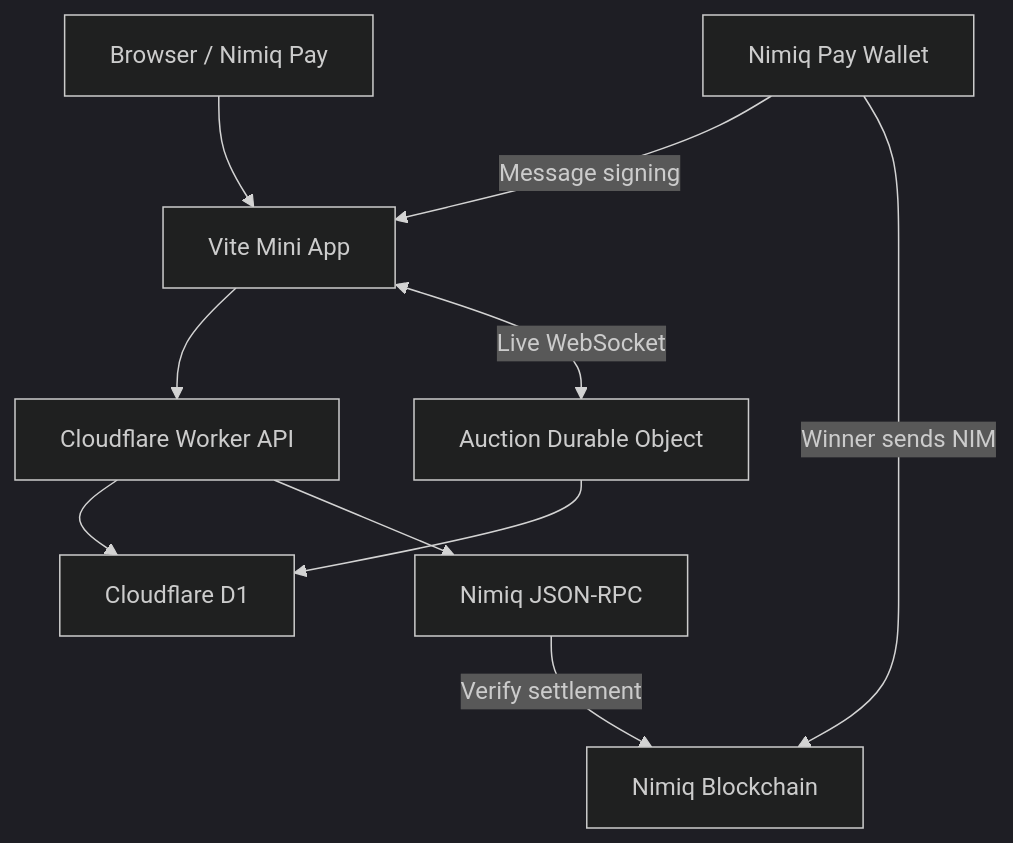
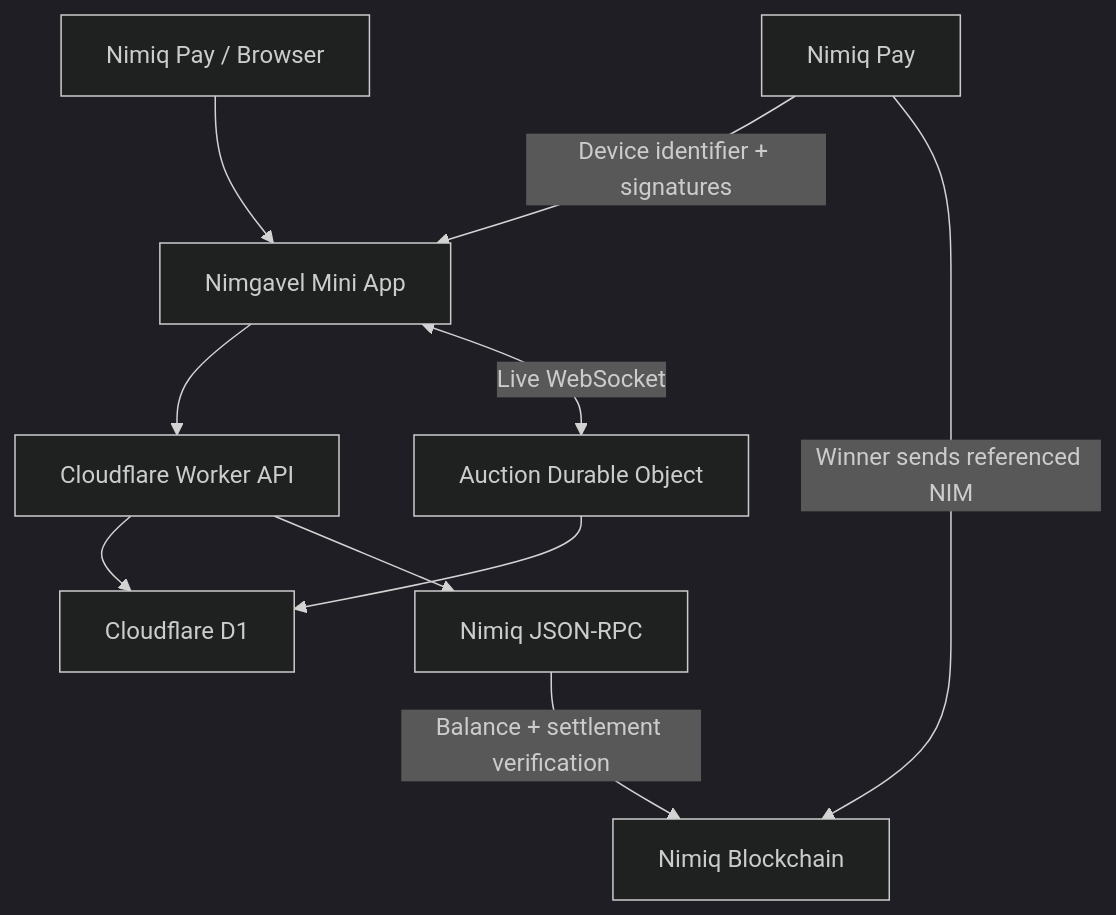
One commit to mystiquemide/nimgavel changed the diagram in README.md. Above: the diagram before and after it, drawn with Mermaid (dark theme). The commit also changed other lines of this file, not shown here.

````diff
--- a/README.md
+++ b/README.md
@@ -247,12 +262,12 @@
 ```mermaid
 flowchart TD
-    A["Browser / Nimiq Pay"] --> B["Vite Mini App"]
+    A["Nimiq Pay / Browser"] --> B["Nimgavel Mini App"]
     B --> C["Cloudflare Worker API"]
     B <-->|"Live WebSocket"| D["Auction Durable Object"]
     C --> E["Cloudflare D1"]
     D --> E
     C --> F["Nimiq JSON-RPC"]
-    G["Nimiq Pay Wallet"] -->|"Message signing"| B
-    G -->|"Winner sends NIM"| H["Nimiq Blockchain"]
-    F -->|"Verify settlement"| H
+    G["Nimiq Pay"] -->|"Device identifier + signatures"| B
+    G -->|"Winner sends referenced NIM"| H["Nimiq Blockchain"]
+    F -->|"Balance + settlement verification"| H
 ```
````
